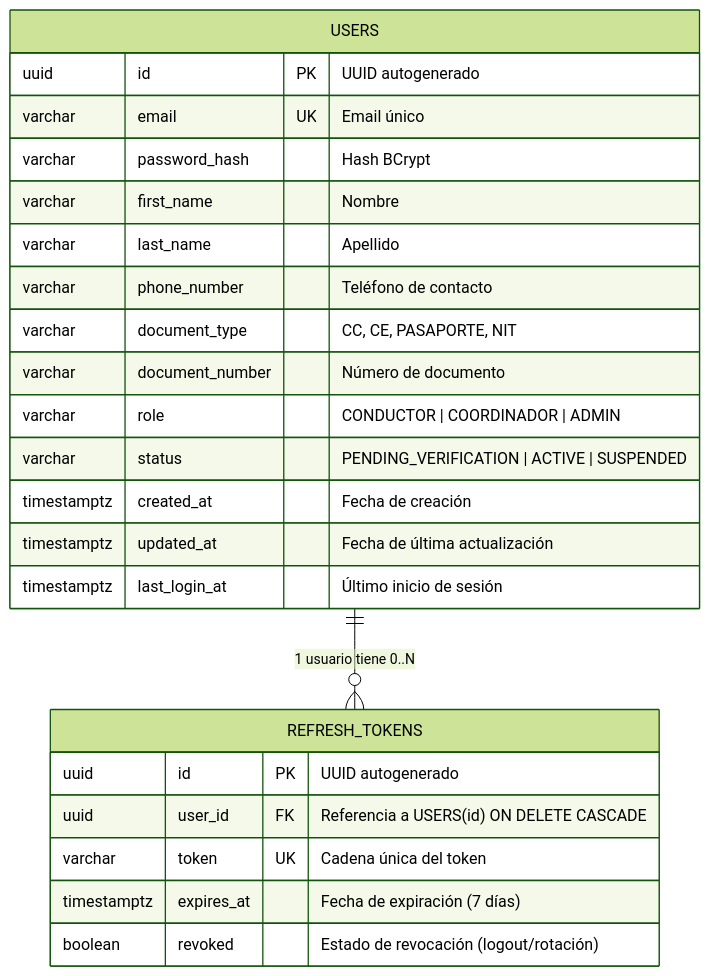
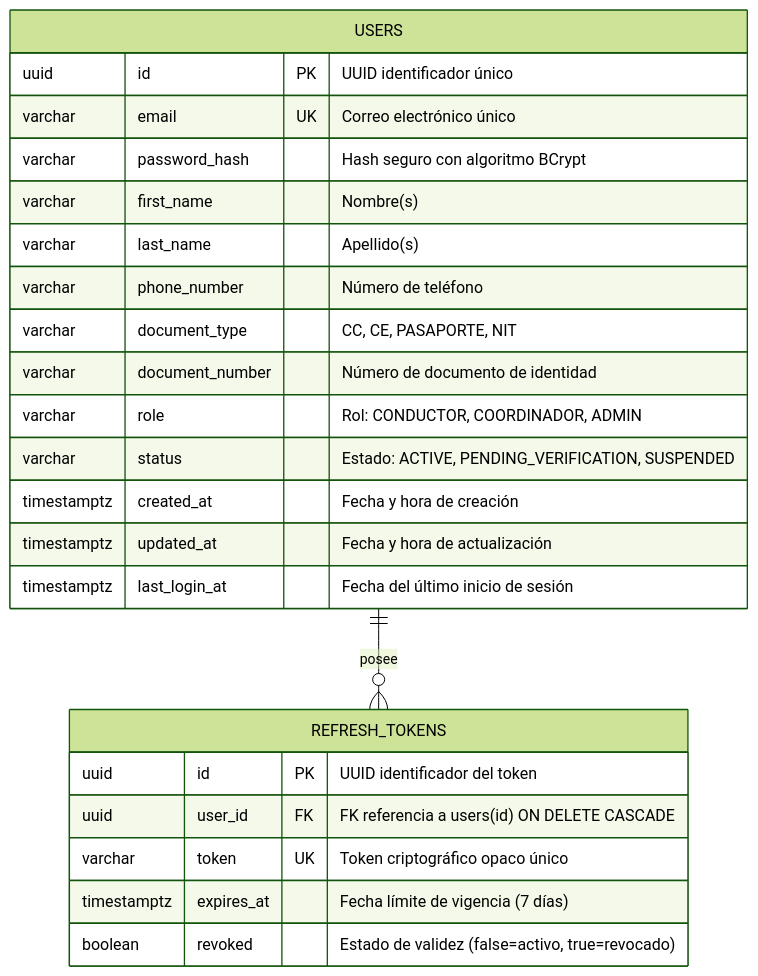
The fifth of 5 diagrams in README.md (TRUCKDAR/User-Identity), drawn with Mermaid (forest theme) before and after one commit. The commit also changed other lines of this file, not shown here.

Commit message:
docs: fix Mermaid syntax for GitHub renderer and enhance diagram readability

````diff
--- a/README.md
+++ b/README.md
@@ -164,28 +177,28 @@
 ```mermaid
 erDiagram
+    USERS ||--o{ REFRESH_TOKENS : "posee"
+
     USERS {
-        uuid id PK "UUID autogenerado"
-        varchar email UK "Email único"
-        varchar password_hash "Hash BCrypt"
-        varchar first_name "Nombre"
-        varchar last_name "Apellido"
-        varchar phone_number "Teléfono de contacto"
+        uuid id PK "UUID identificador único"
+        varchar email UK "Correo electrónico único"
+        varchar password_hash "Hash seguro con algoritmo BCrypt"
+        varchar first_name "Nombre(s)"
+        varchar last_name "Apellido(s)"
+        varchar phone_number "Número de teléfono"
         varchar document_type "CC, CE, PASAPORTE, NIT"
-        varchar document_number "Número de documento"
-        varchar role "CONDUCTOR | COORDINADOR | ADMIN"
-        varchar status "PENDING_VERIFICATION | ACTIVE | SUSPENDED"
-        timestamptz created_at "Fecha de creación"
-        timestamptz updated_at "Fecha de última actualización"
-        timestamptz last_login_at "Último inicio de sesión"
+        varchar document_number "Número de documento de identidad"
+        varchar role "Rol: CONDUCTOR, COORDINADOR, ADMIN"
+        varchar status "Estado: ACTIVE, PENDING_VERIFICATION, SUSPENDED"
+        timestamptz created_at "Fecha y hora de creación"
+        timestamptz updated_at "Fecha y hora de actualización"
+        timestamptz last_login_at "Fecha del último inicio de sesión"
     }
 
     REFRESH_TOKENS {
-        uuid id PK "UUID autogenerado"
-        uuid user_id FK "Referencia a USERS(id) ON DELETE CASCADE"
-        varchar token UK "Cadena única del token"
-        timestamptz expires_at "Fecha de expiración (7 días)"
-        boolean revoked "Estado de revocación (logout/rotación)"
+        uuid id PK "UUID identificador del token"
+        uuid user_id FK "FK referencia a users(id) ON DELETE CASCADE"
+        varchar token UK "Token criptográfico opaco único"
+        timestamptz expires_at "Fecha límite de vigencia (7 días)"
+        boolean revoked "Estado de validez (false=activo, true=revocado)"
     }
-
-    USERS ||--o{ REFRESH_TOKENS : "1 usuario tiene 0..N"
 ```
````
